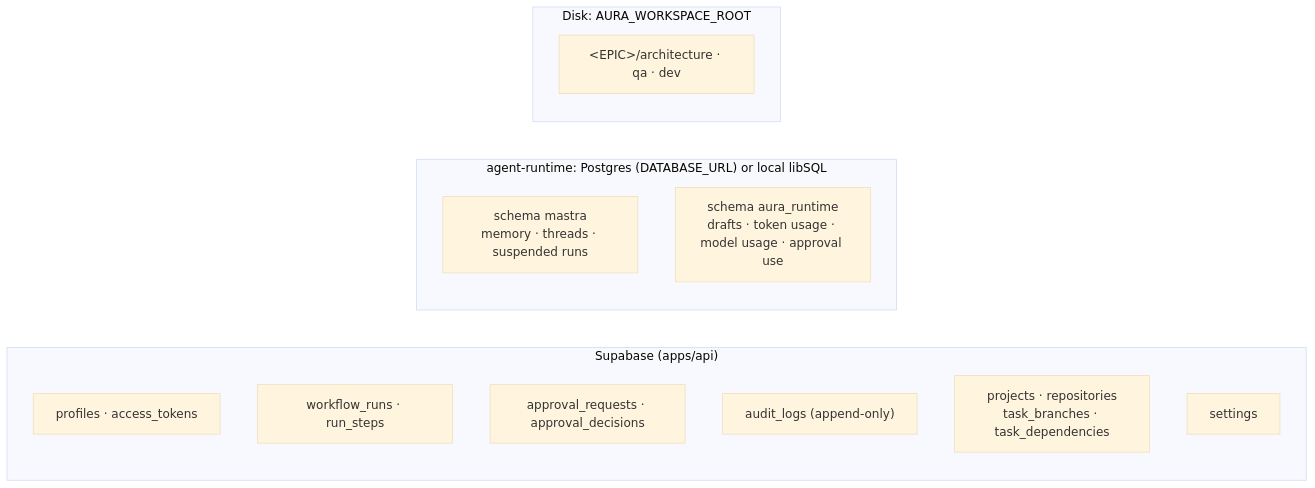
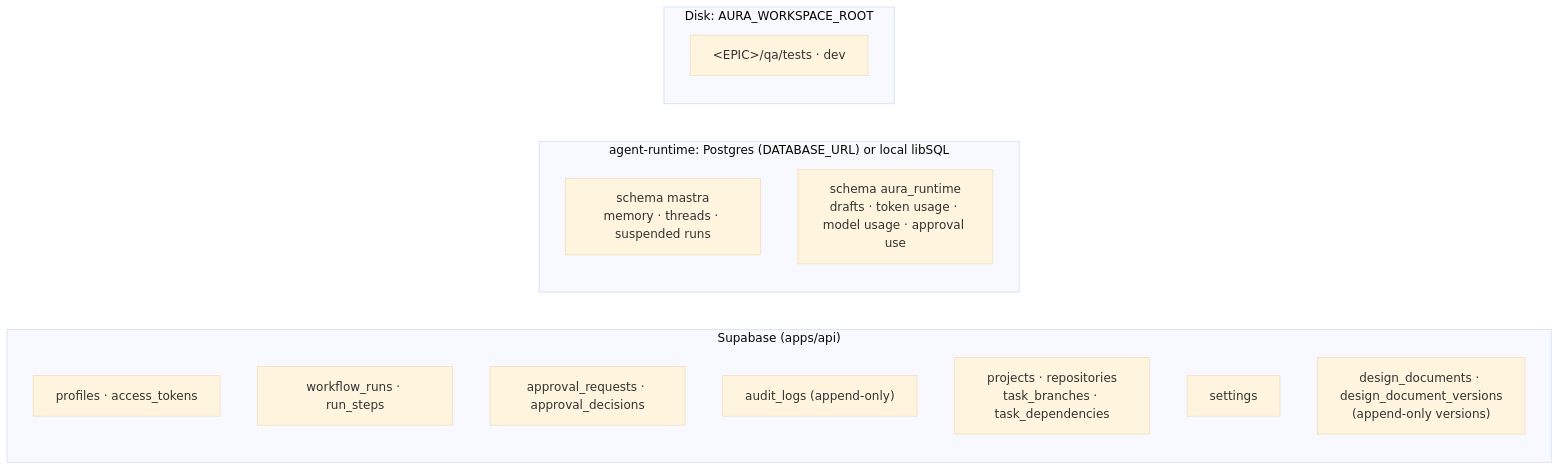
One commit to HasithaErandika/aura changed the seventh of 10 diagrams in docs/ARCHITECTURE.md. Above: the diagram before and after it, drawn with Mermaid (base theme). The commit also changed other lines of this file and 63 other files, not shown here.

First line of the commit message:
feat: VS Code V3 - design documents and QA plans in Postgres, Architect specialists

````diff
--- a/docs/ARCHITECTURE.md
+++ b/docs/ARCHITECTURE.md
@@ -234,18 +234,19 @@
 ```mermaid
 flowchart LR
     subgraph SUPA["Supabase (apps/api)"]
         A["profiles · access_tokens"]
         B["workflow_runs · run_steps"]
         C["approval_requests · approval_decisions"]
         D["audit_logs (append-only)"]
         E["projects · repositories<br/>task_branches · task_dependencies"]
         S["settings"]
+        DD["design_documents · design_document_versions<br/>(append-only versions)"]
     end
     subgraph RTDB["agent-runtime: Postgres (DATABASE_URL) or local libSQL"]
         F["schema mastra<br/>memory · threads · suspended runs"]
         G["schema aura_runtime<br/>drafts · token usage · model usage · approval use"]
     end
     subgraph FS["Disk: AURA_WORKSPACE_ROOT"]
-        H["&lt;EPIC&gt;/architecture · qa · dev"]
+        H["&lt;EPIC&gt;/qa/tests · dev"]
     end
 ```
````
